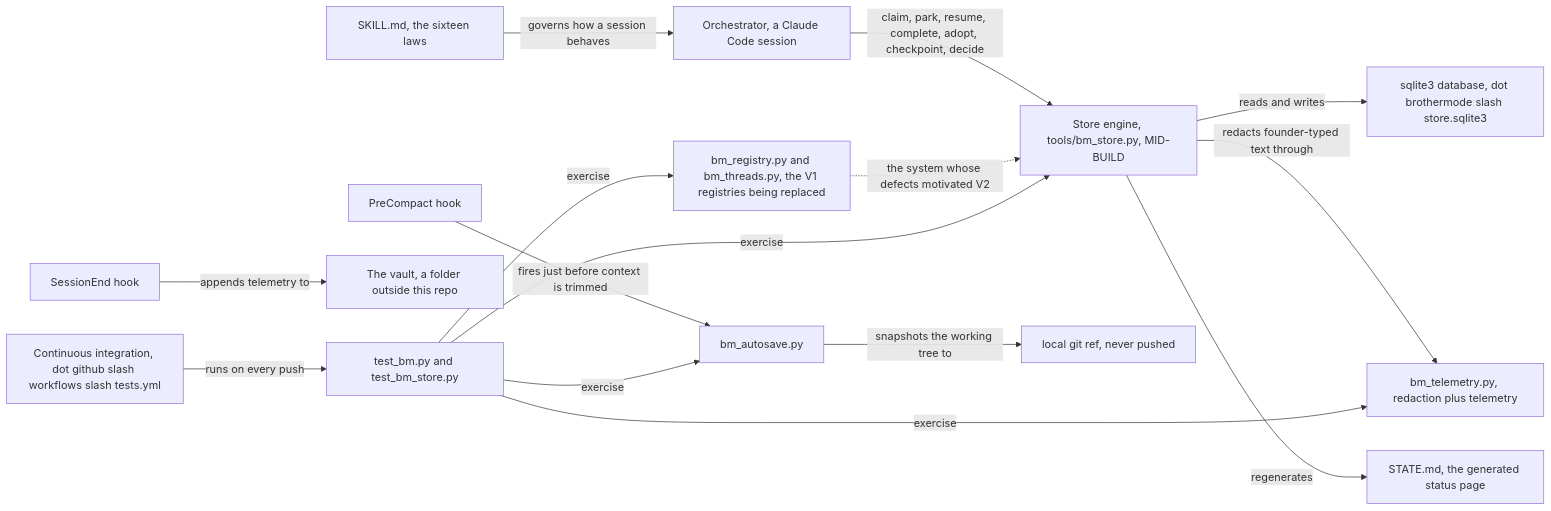
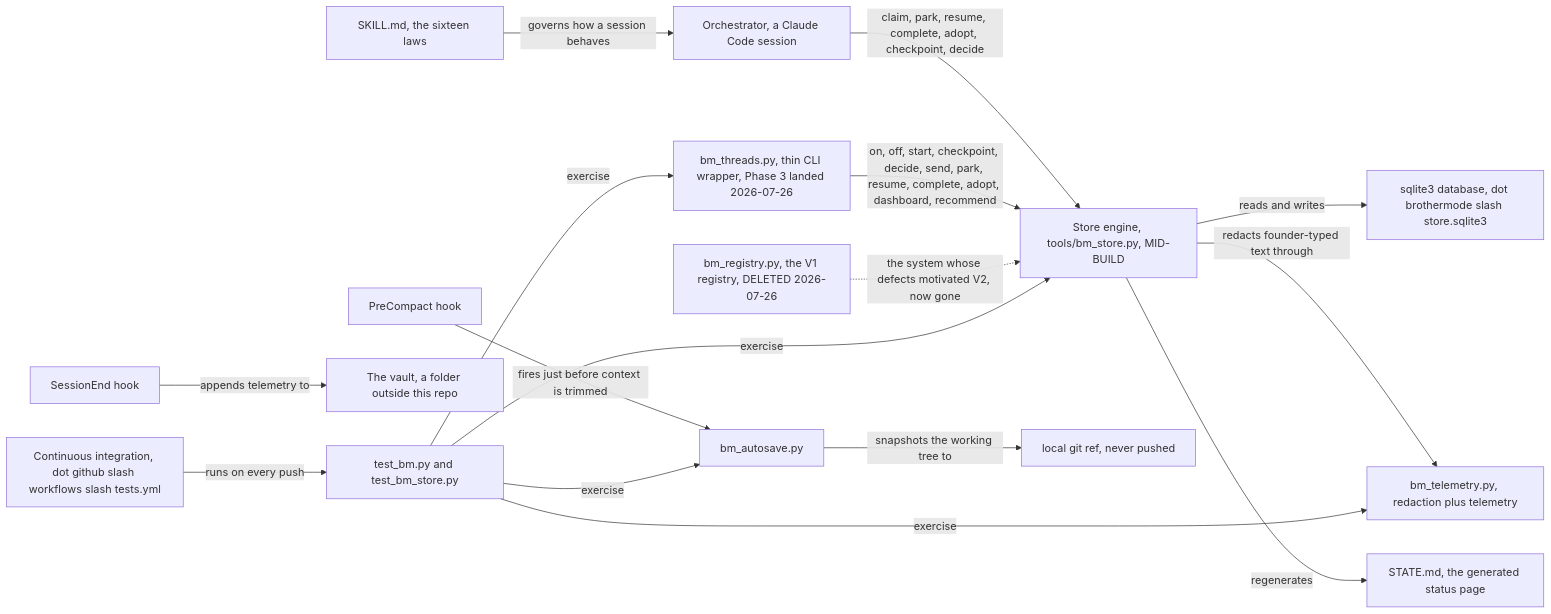
The diagram in docs/ba/ARCHITECTURE.md (khalilmaaouni/BrotherModeUp), drawn with Mermaid before and after one commit. The commit also changed other lines of this file and 15 other files, not shown here.

````diff
--- a/docs/ba/ARCHITECTURE.md
+++ b/docs/ba/ARCHITECTURE.md
@@ -24,17 +24,18 @@
 ```mermaid
 flowchart LR
     LAW["SKILL.md, the sixteen laws"] -->|"governs how a session behaves"| ORCH["Orchestrator, a Claude Code session"]
     ORCH -->|"claim, park, resume, complete, adopt, checkpoint, decide"| STORE["Store engine, tools/bm_store.py, MID-BUILD"]
     STORE -->|"reads and writes"| DB["sqlite3 database, dot brothermode slash store.sqlite3"]
     STORE -->|"redacts founder-typed text through"| TEL["bm_telemetry.py, redaction plus telemetry"]
     STORE -->|"regenerates"| STATEMD["STATE.md, the generated status page"]
     PRECOMPACT["PreCompact hook"] -->|"fires just before context is trimmed"| AUTOSAVE["bm_autosave.py"]
     AUTOSAVE -->|"snapshots the working tree to"| GITREF["local git ref, never pushed"]
     SESSIONEND["SessionEnd hook"] -->|"appends telemetry to"| VAULT["The vault, a folder outside this repo"]
-    V1["bm_registry.py and bm_threads.py, the V1 registries being replaced"] -.->|"the system whose defects motivated V2"| STORE
+    THREADS["bm_threads.py, thin CLI wrapper, Phase 3 landed 2026-07-26"] -->|"on, off, start, checkpoint, decide, send, park, resume, complete, adopt, dashboard, recommend"| STORE
+    HIST["bm_registry.py, the V1 registry, DELETED 2026-07-26"] -.->|"the system whose defects motivated V2, now gone"| STORE
     CI["Continuous integration, dot github slash workflows slash tests.yml"] -->|"runs on every push"| TESTS["test_bm.py and test_bm_store.py"]
     TESTS -->|"exercise"| STORE
-    TESTS -->|"exercise"| V1
+    TESTS -->|"exercise"| THREADS
     TESTS -->|"exercise"| TEL
     TESTS -->|"exercise"| AUTOSAVE
 ```
````
